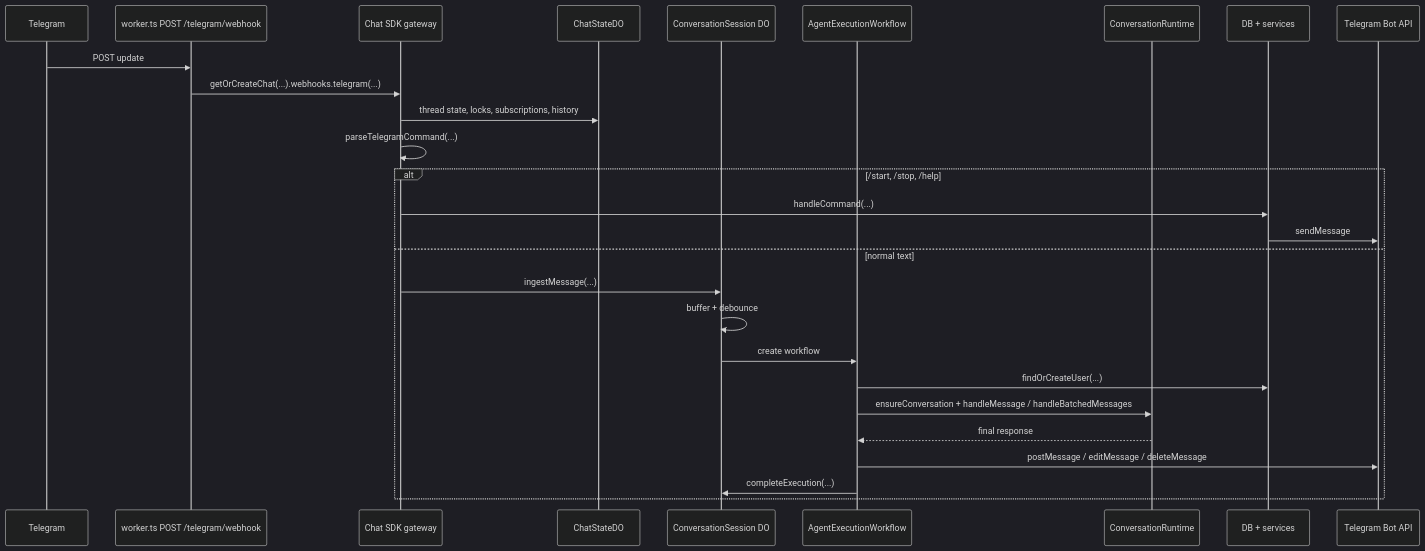
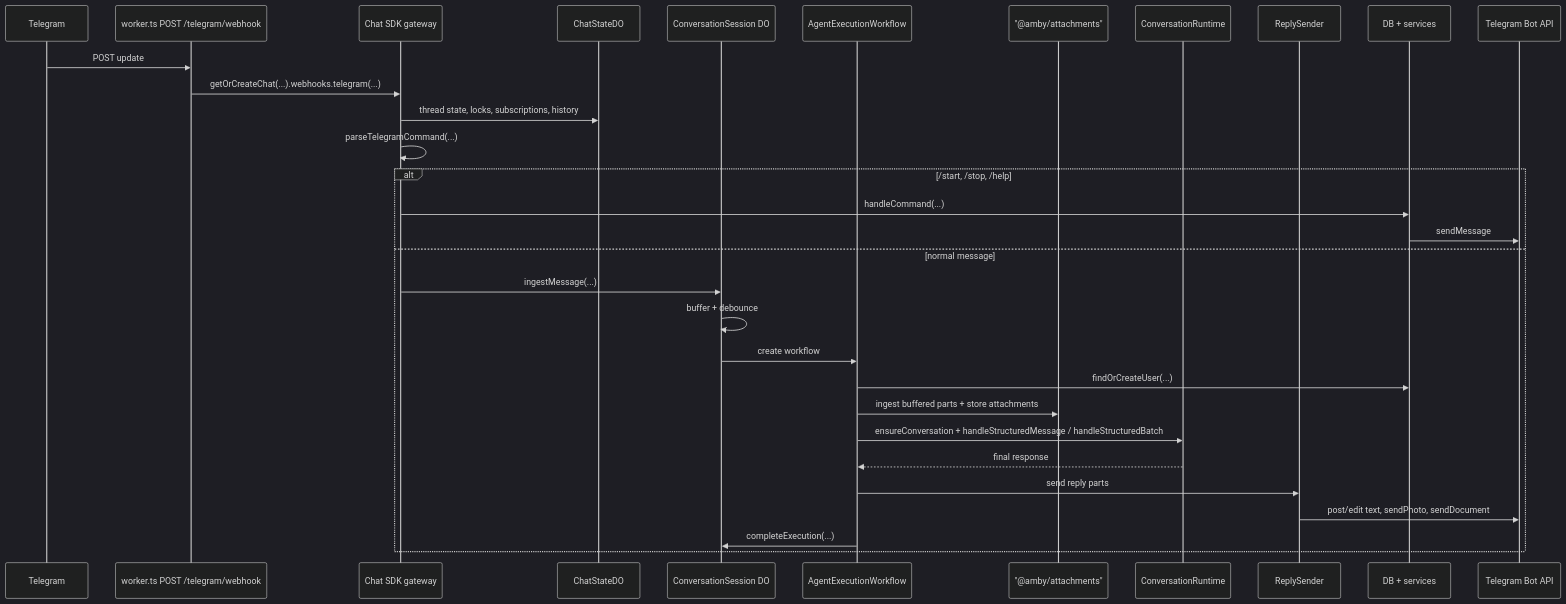
The first of 4 diagrams in docs/channels/telegram.md (punitarani/amby), drawn with Mermaid (dark theme) before and after one commit. The commit also changed other lines of this file and 57 other files, not shown here.

Commit message:
Add Telegram attachment pipeline and document chat flow

````diff
--- a/docs/channels/telegram.md
+++ b/docs/channels/telegram.md
@@ -44,31 +47,35 @@
 ```mermaid
 sequenceDiagram
     participant TG as Telegram
     participant WH as worker.ts POST /telegram/webhook
     participant SDK as Chat SDK gateway
     participant State as ChatStateDO
     participant Sess as ConversationSession DO
     participant WF as AgentExecutionWorkflow
+    participant Attach as "@amby/attachments"
     participant Agent as ConversationRuntime
+    participant Send as ReplySender
     participant DB as DB + services
     participant API as Telegram Bot API
 
     TG->>WH: POST update
     WH->>SDK: getOrCreateChat(...).webhooks.telegram(...)
     SDK->>State: thread state, locks, subscriptions, history
     SDK->>SDK: parseTelegramCommand(...)
 
     alt /start, /stop, /help
         SDK->>DB: handleCommand(...)
         DB->>API: sendMessage
-    else normal text
+    else normal message
         SDK->>Sess: ingestMessage(...)
         Sess->>Sess: buffer + debounce
         Sess->>WF: create workflow
         WF->>DB: findOrCreateUser(...)
-        WF->>Agent: ensureConversation + handleMessage / handleBatchedMessages
+        WF->>Attach: ingest buffered parts + store attachments
+        WF->>Agent: ensureConversation + handleStructuredMessage / handleStructuredBatch
         Agent-->>WF: final response
-        WF->>API: postMessage / editMessage / deleteMessage
+        WF->>Send: send reply parts
+        Send->>API: post/edit text, sendPhoto, sendDocument
         WF->>Sess: completeExecution(...)
     end
 ```
````
